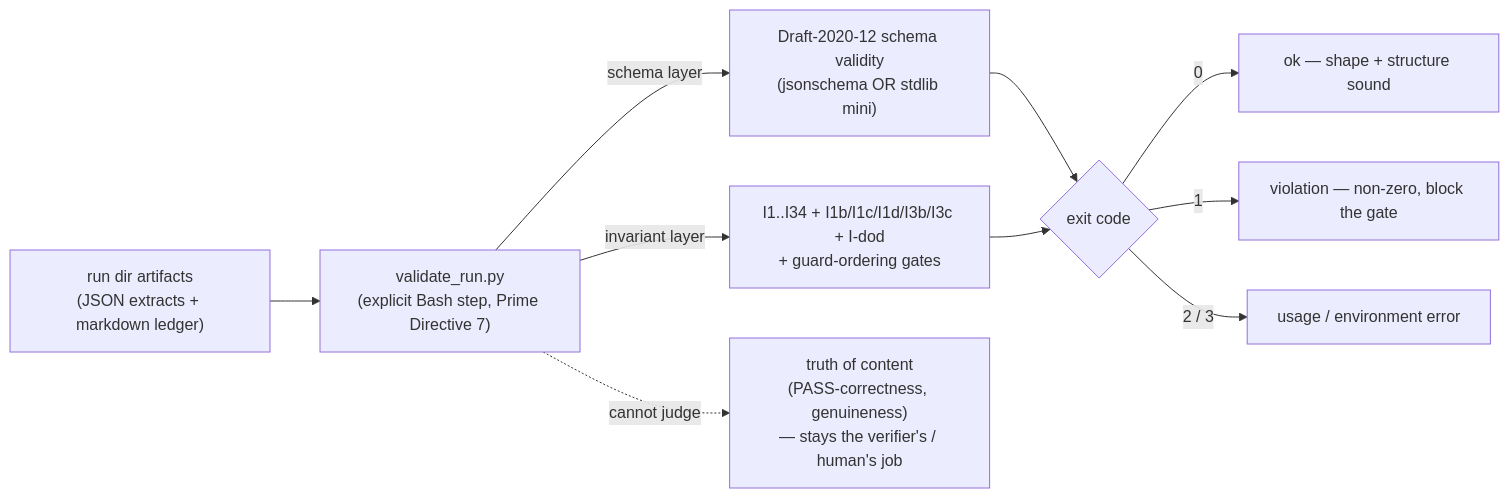
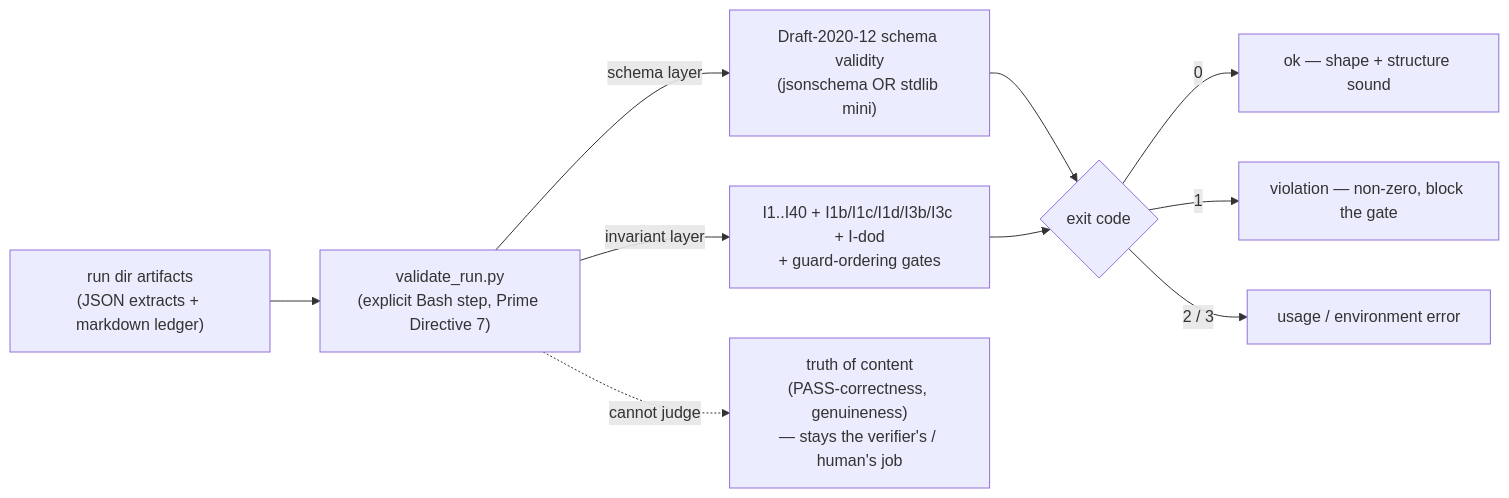
One commit to wtp128pro/dag changed the diagram in wiki/14-validator-and-invariants.md. Above: the diagram before and after it, drawn with Mermaid. The commit also changed other lines of this file and 34 other files, not shown here.

````diff
--- a/wiki/14-validator-and-invariants.md
+++ b/wiki/14-validator-and-invariants.md
@@ -60,12 +60,12 @@
 ```mermaid
 flowchart LR
   ART["run dir artifacts<br/>(JSON extracts + markdown ledger)"] --> V["validate_run.py<br/>(explicit Bash step, Prime Directive 7)"]
   V -->|"schema layer"| S["Draft-2020-12 schema validity<br/>(jsonschema OR stdlib mini)"]
-  V -->|"invariant layer"| I["I1..I34 + I1b/I1c/I1d/I3b/I3c + I-dod<br/>+ guard-ordering gates"]
+  V -->|"invariant layer"| I["I1..I40 + I1b/I1c/I1d/I3b/I3c + I-dod<br/>+ guard-ordering gates"]
   S --> EX{"exit code"}
   I --> EX
   EX -->|0| OK["ok — shape + structure sound"]
   EX -->|"1"| BAD["violation — non-zero, block the gate"]
   EX -->|"2 / 3"| ENV["usage / environment error"]
   V -. "cannot judge" .-> TRUTH["truth of content<br/>(PASS-correctness, genuineness)<br/>— stays the verifier's / human's job"]
 ```
````
